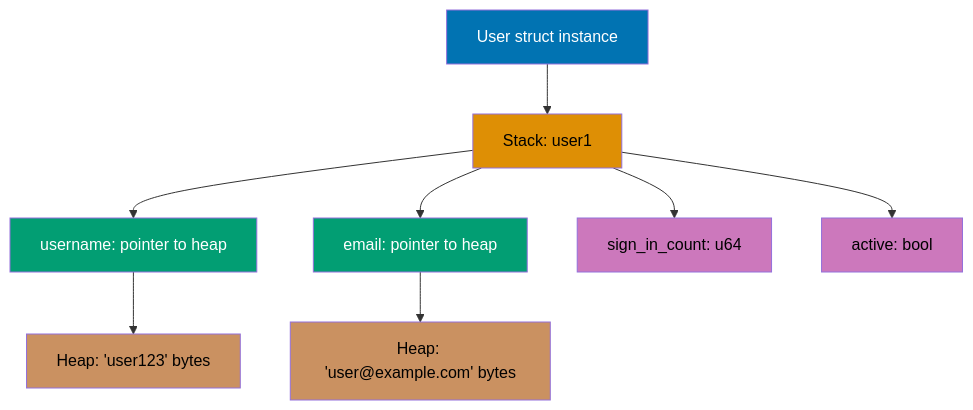
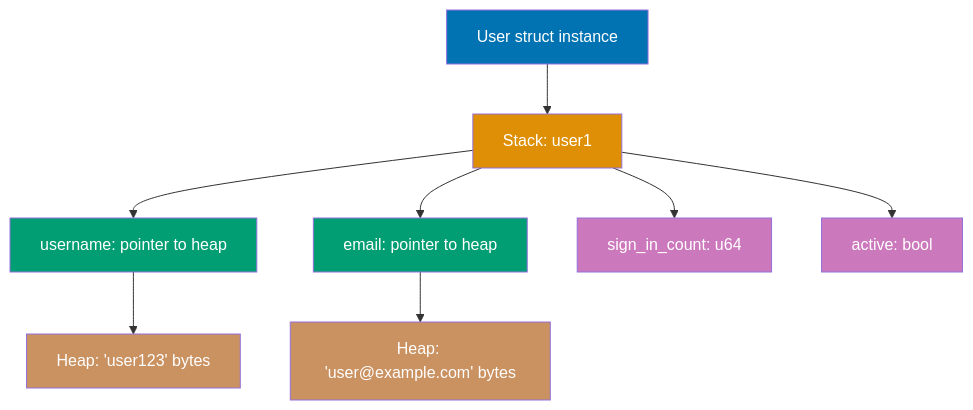
One commit to wahidyankf/open-sharia-enterprise changed the seventh of 9 diagrams in apps/ayokoding-web/content/en/learn/software-engineering/programming-languages/rust/by-example/beginner.md. Above: the diagram before and after it, drawn with Mermaid. The commit also changed other lines of this file and 61 other files, not shown here.

First line of the commit message:
fix(ayokoding-web): quote Mermaid node labels with special characters in Example 63

````diff
--- a/apps/ayokoding-web/content/en/learn/software-engineering/programming-languages/rust/by-example/beginner.md
+++ b/apps/ayokoding-web/content/en/learn/software-engineering/programming-languages/rust/by-example/beginner.md
@@ -1216,21 +1216,21 @@
 ```mermaid
 %% Struct memory layout: stack and heap
 graph TD
     A[User struct instance] --> B[Stack: user1]
     B --> C[username: pointer to heap]
     B --> D[email: pointer to heap]
     B --> E[sign_in_count: u64]
     B --> F[active: bool]
 
     C --> G[Heap: 'user123' bytes]
     D --> H[Heap: 'user@example.com' bytes]
 
     style A fill:#0173B2,color:#fff
-    style B fill:#DE8F05,color:#000
+    style B fill:#DE8F05,color:#fff
     style C fill:#029E73,color:#fff
     style D fill:#029E73,color:#fff
-    style E fill:#CC78BC,color:#000
-    style F fill:#CC78BC,color:#000
-    style G fill:#CA9161,color:#000
-    style H fill:#CA9161,color:#000
+    style E fill:#CC78BC,color:#fff
+    style F fill:#CC78BC,color:#fff
+    style G fill:#CA9161,color:#fff
+    style H fill:#CA9161,color:#fff
 ```
````
